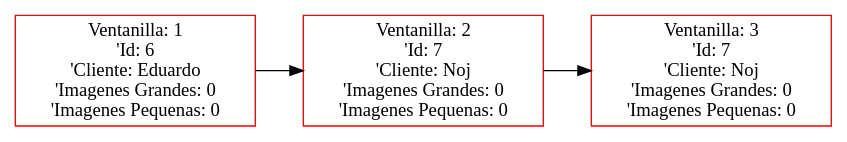
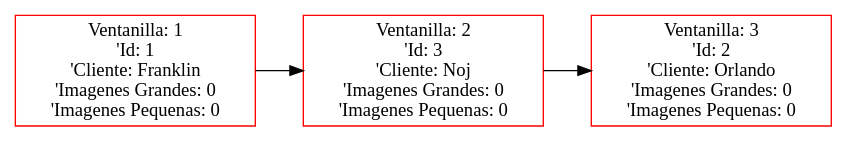
The diagram in Proyecto1/Proyecto1_202200089/Main/Espera.dot (FranklinONP/EDD_PROYECTO_202200089), drawn with Graphviz before and after one commit. The commit also changed 15 other files, not shown here.

```diff
--- a/Proyecto1/Proyecto1_202200089/Main/Espera.dot
+++ b/Proyecto1/Proyecto1_202200089/Main/Espera.dot
@@ -1,8 +1,8 @@
  digraph G {
  rankdir=LR;
- node0 [label="Ventanilla: 1\n'Id: 6\n'Cliente: Eduardo\n'Imagenes Grandes: 0\n'Imagenes Pequenas: 0", color="red", shape="rectangle"];
- node1 [label="Ventanilla: 2\n'Id: 7\n'Cliente: Noj\n'Imagenes Grandes: 0\n'Imagenes Pequenas: 0", color="red", shape="rectangle"];
+ node0 [label="Ventanilla: 1\n'Id: 1\n'Cliente: Franklin\n'Imagenes Grandes: 0\n'Imagenes Pequenas: 0", color="red", shape="rectangle"];
+ node1 [label="Ventanilla: 2\n'Id: 3\n'Cliente: Noj\n'Imagenes Grandes: 0\n'Imagenes Pequenas: 0", color="red", shape="rectangle"];
  node0 -> node1 [dir="forward"];
- node2 [label="Ventanilla: 3\n'Id: 7\n'Cliente: Noj\n'Imagenes Grandes: 0\n'Imagenes Pequenas: 0", color="red", shape="rectangle"];
+ node2 [label="Ventanilla: 3\n'Id: 2\n'Cliente: Orlando\n'Imagenes Grandes: 0\n'Imagenes Pequenas: 0", color="red", shape="rectangle"];
  node1 -> node2 [dir="forward"];
  }
```
